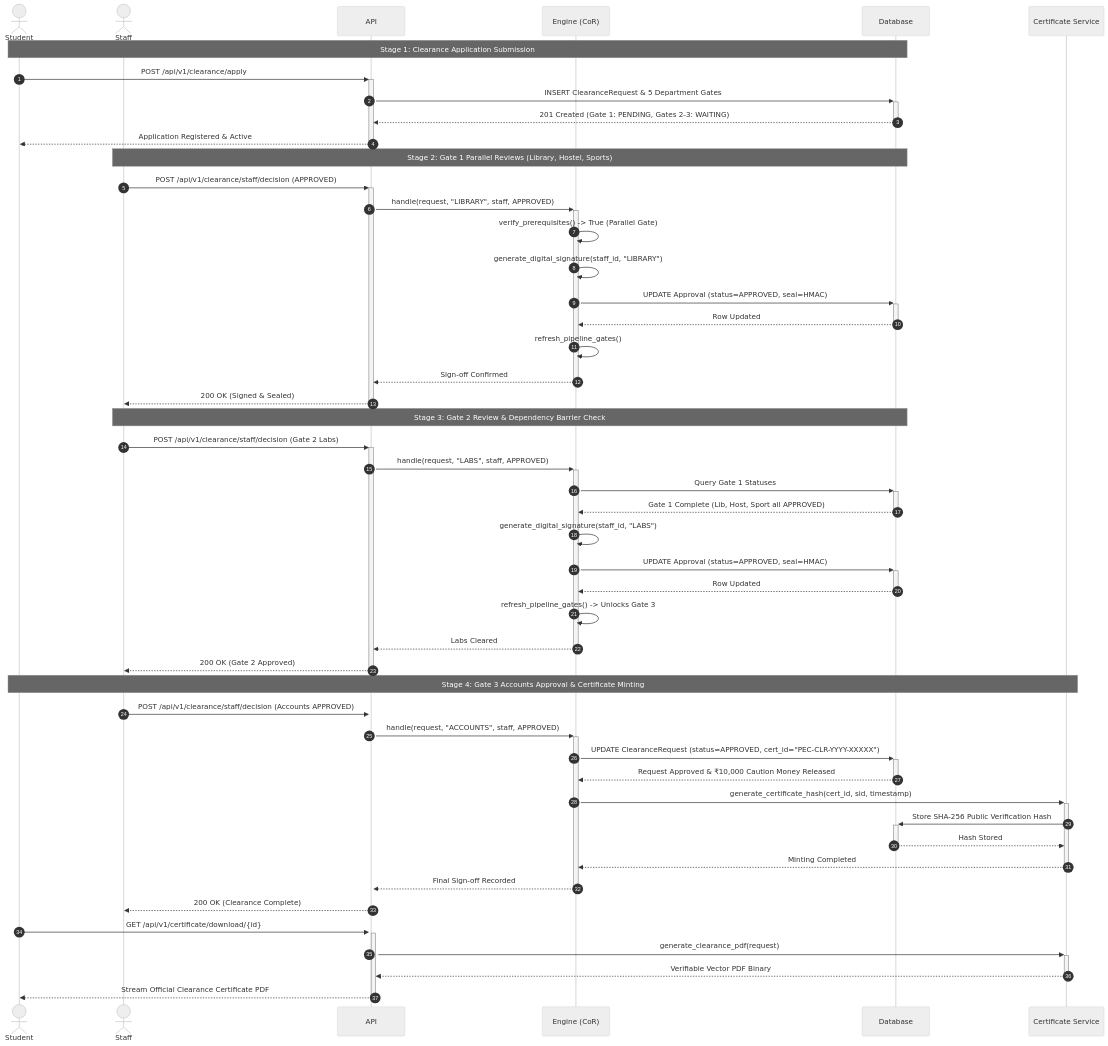
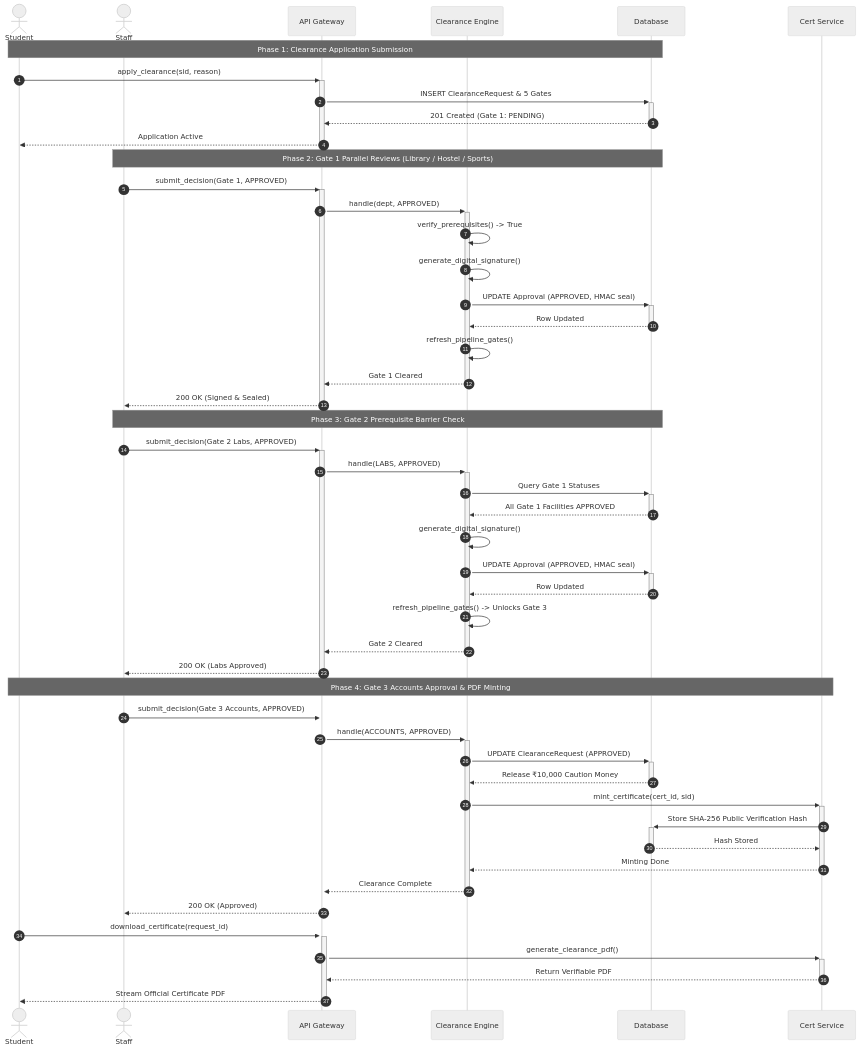
The fifth of 9 diagrams in docs/UML_DIAGRAMS.md (rags-git/clearance-automation-engine), drawn with Mermaid (neutral theme) before and after one commit. The commit also changed other lines of this file and 2 other files, not shown here.

Commit message:
docs(uml): optimize Sequence Diagrams 4.1, 4.2, and 4.3 for direct readability without zooming

````diff
--- a/docs/UML_DIAGRAMS.md
+++ b/docs/UML_DIAGRAMS.md
@@ -332,60 +336,56 @@
 ```mermaid
 sequenceDiagram
     autonumber
     actor Student as Student
     actor Staff as Staff
-    participant API as API
-    participant CoR as Engine (CoR)
+    participant API as API Gateway
+    participant CoR as Clearance Engine
     participant DB as Database
-    participant Cert as Certificate Service
+    participant Cert as Cert Service
 
-    %% Stage 1: Initiation
-    Note over Student, DB: Stage 1: Clearance Application Submission
-    Student->>+API: POST /api/v1/clearance/apply
-    API->>+DB: INSERT ClearanceRequest & 5 Department Gates
-    DB-->>-API: 201 Created (Gate 1: PENDING, Gates 2-3: WAITING)
-    API-->>-Student: Application Registered & Active
+    Note over Student, DB: Phase 1: Clearance Application Submission
+    Student->>+API: apply_clearance(sid, reason)
+    API->>+DB: INSERT ClearanceRequest & 5 Gates
+    DB-->>-API: 201 Created (Gate 1: PENDING)
+    API-->>-Student: Application Active
 
-    %% Stage 2: Gate 1 Parallel Reviews
-    Note over Staff, DB: Stage 2: Gate 1 Parallel Reviews (Library, Hostel, Sports)
-    Staff->>+API: POST /api/v1/clearance/staff/decision (APPROVED)
-    API->>+CoR: handle(request, "LIBRARY", staff, APPROVED)
-    CoR->>CoR: verify_prerequisites() -> True (Parallel Gate)
-    CoR->>CoR: generate_digital_signature(staff_id, "LIBRARY")
-    CoR->>+DB: UPDATE Approval (status=APPROVED, seal=HMAC)
+    Note over Staff, DB: Phase 2: Gate 1 Parallel Reviews (Library / Hostel / Sports)
+    Staff->>+API: submit_decision(Gate 1, APPROVED)
+    API->>+CoR: handle(dept, APPROVED)
+    CoR->>CoR: verify_prerequisites() -> True
+    CoR->>CoR: generate_digital_signature()
+    CoR->>+DB: UPDATE Approval (APPROVED, HMAC seal)
     DB-->>-CoR: Row Updated
     CoR->>CoR: refresh_pipeline_gates()
-    CoR-->>-API: Sign-off Confirmed
+    CoR-->>-API: Gate 1 Cleared
     API-->>-Staff: 200 OK (Signed & Sealed)
 
-    %% Stage 3: Gate 2 Prerequisite Barrier
-    Note over Staff, DB: Stage 3: Gate 2 Review & Dependency Barrier Check
-    Staff->>+API: POST /api/v1/clearance/staff/decision (Gate 2 Labs)
-    API->>+CoR: handle(request, "LABS", staff, APPROVED)
+    Note over Staff, DB: Phase 3: Gate 2 Prerequisite Barrier Check
+    Staff->>+API: submit_decision(Gate 2 Labs, APPROVED)
+    API->>+CoR: handle(LABS, APPROVED)
     CoR->>+DB: Query Gate 1 Statuses
-    DB-->>-CoR: Gate 1 Complete (Lib, Host, Sport all APPROVED)
-    CoR->>CoR: generate_digital_signature(staff_id, "LABS")
-    CoR->>+DB: UPDATE Approval (status=APPROVED, seal=HMAC)
+    DB-->>-CoR: All Gate 1 Facilities APPROVED
+    CoR->>CoR: generate_digital_signature()
+    CoR->>+DB: UPDATE Approval (APPROVED, HMAC seal)
     DB-->>-CoR: Row Updated
     CoR->>CoR: refresh_pipeline_gates() -> Unlocks Gate 3
-    CoR-->>-API: Labs Cleared
-    API-->>-Staff: 200 OK (Gate 2 Approved)
+    CoR-->>-API: Gate 2 Cleared
+    API-->>-Staff: 200 OK (Labs Approved)
 
-    %% Stage 4: Gate 3 & Minting
-    Note over Student, Cert: Stage 4: Gate 3 Accounts Approval & Certificate Minting
-    Staff->>+API: POST /api/v1/clearance/staff/decision (Accounts APPROVED)
-    API->>+CoR: handle(request, "ACCOUNTS", staff, APPROVED)
-    CoR->>+DB: UPDATE ClearanceRequest (status=APPROVED, cert_id="PEC-CLR-YYYY-XXXXX")
-    DB-->>-CoR: Request Approved & ₹10,000 Caution Money Released
-    CoR->>+Cert: generate_certificate_hash(cert_id, sid, timestamp)
+    Note over Student, Cert: Phase 4: Gate 3 Accounts Approval & PDF Minting
+    Staff->>+API: submit_decision(Gate 3 Accounts, APPROVED)
+    API->>+CoR: handle(ACCOUNTS, APPROVED)
+    CoR->>+DB: UPDATE ClearanceRequest (APPROVED)
+    DB-->>-CoR: Release ₹10,000 Caution Money
+    CoR->>+Cert: mint_certificate(cert_id, sid)
     Cert->>+DB: Store SHA-256 Public Verification Hash
     DB-->>-Cert: Hash Stored
-    Cert-->>-CoR: Minting Completed
-    CoR-->>-API: Final Sign-off Recorded
-    API-->>Staff: 200 OK (Clearance Complete)
+    Cert-->>-CoR: Minting Done
+    CoR-->>-API: Clearance Complete
+    API-->>Staff: 200 OK (Approved)
 
-    Student->>+API: GET /api/v1/certificate/download/{id}
-    API->>+Cert: generate_clearance_pdf(request)
-    Cert-->>-API: Verifiable Vector PDF Binary
-    API-->>-Student: Stream Official Clearance Certificate PDF
+    Student->>+API: download_certificate(request_id)
+    API->>+Cert: generate_clearance_pdf()
+    Cert-->>-API: Return Verifiable PDF
+    API-->>-Student: Stream Official Certificate PDF
 ```
````
